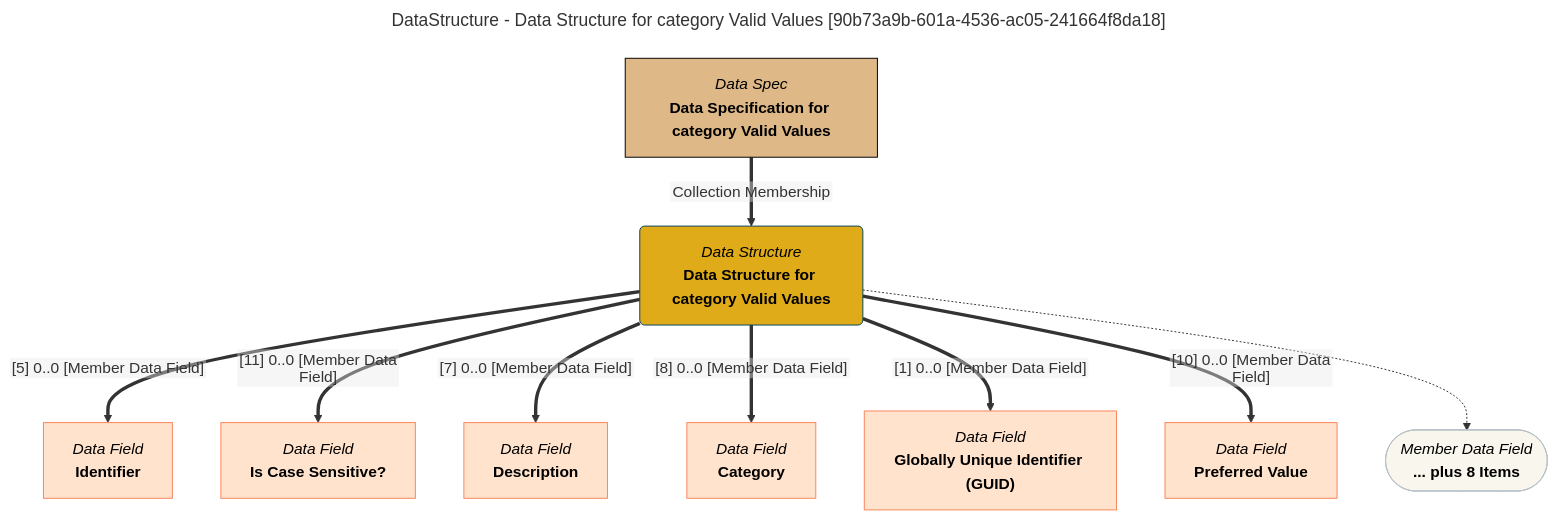
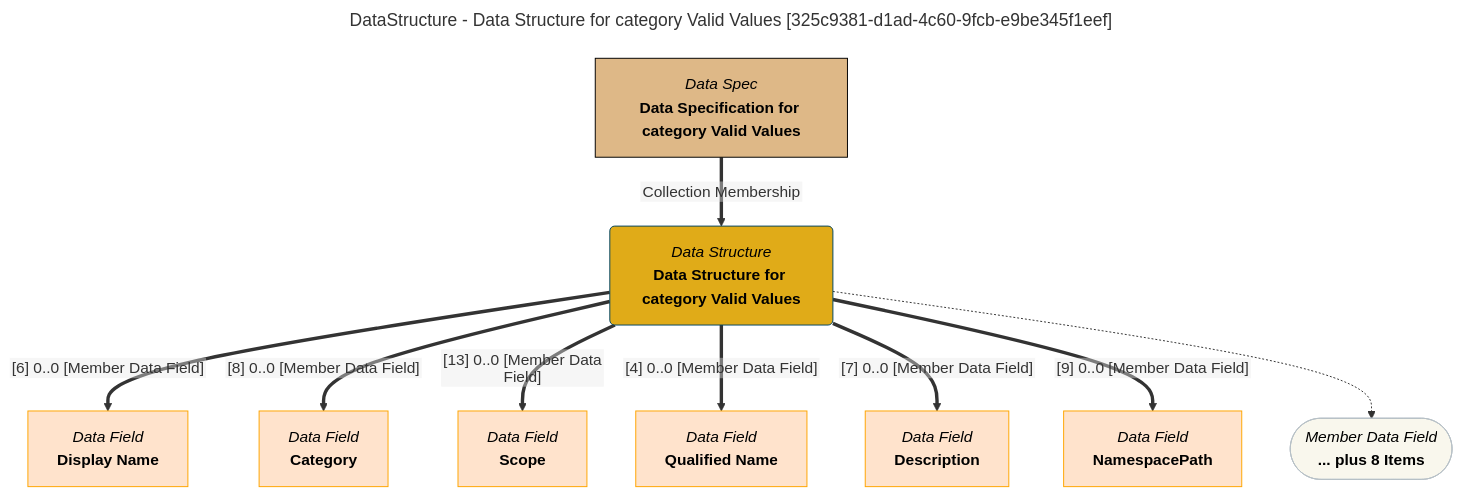
Before and after one commit to odpi/egeria-docs: the diagram in site/snippets/data-structures/data-structure-for-category-valid-values-mermaid-graph.md, drawn with Mermaid. The commit also changed 2201 other files, not shown here.

````diff
--- a/site/snippets/data-structures/data-structure-for-category-valid-values-mermaid-graph.md
+++ b/site/snippets/data-structures/data-structure-for-category-valid-values-mermaid-graph.md
@@ -1,43 +1,43 @@
 ```mermaid
 ---
-title: DataStructure - Data Structure for category Valid Values [90b73a9b-601a-4536-ac05-241664f8da18]
+title: DataStructure - Data Structure for category Valid Values [325c9381-d1ad-4c60-9fcb-e9be345f1eef]
 ---
 flowchart TD
 %%{init: {"flowchart": {"htmlLabels": false}} }%%
 
 1@{ shape: rounded, label: "*Data Structure*
 **Data Structure for category Valid Values**"}
 2@{ shape: rect, label: "*Data Spec*
 **Data Specification for category Valid Values**"}
 2==>|"Collection Membership"|1
 3@{ shape: rect, label: "*Data Field*
-**Identifier**"}
-1==>|"[5] 0..0 [Member Data Field]"|3
+**Display Name**"}
+1==>|"[6] 0..0 [Member Data Field]"|3
 4@{ shape: rect, label: "*Data Field*
-**Is Case Sensitive?**"}
-1==>|"[11] 0..0 [Member Data Field]"|4
+**Category**"}
+1==>|"[8] 0..0 [Member Data Field]"|4
 5@{ shape: rect, label: "*Data Field*
+**Scope**"}
+1==>|"[13] 0..0 [Member Data Field]"|5
+6@{ shape: rect, label: "*Data Field*
+**Qualified Name**"}
+1==>|"[4] 0..0 [Member Data Field]"|6
+7@{ shape: rect, label: "*Data Field*
 **Description**"}
-1==>|"[7] 0..0 [Member Data Field]"|5
-6@{ shape: rect, label: "*Data Field*
-**Category**"}
-1==>|"[8] 0..0 [Member Data Field]"|6
-7@{ shape: rect, label: "*Data Field*
-**Globally Unique Identifier (GUID)**"}
-1==>|"[1] 0..0 [Member Data Field]"|7
+1==>|"[7] 0..0 [Member Data Field]"|7
 8@{ shape: rect, label: "*Data Field*
-**Preferred Value**"}
-1==>|"[10] 0..0 [Member Data Field]"|8
+**NamespacePath**"}
+1==>|"[9] 0..0 [Member Data Field]"|8
 9@{ shape: stadium, label: "*Member Data Field*
 **... plus 8 Items**"}
 1-.->9
 style 1 color:#000000, fill:#e0ab18, stroke:#004563
-style 2 color:#000000, fill:#deb887, stroke:#000000
-style 3 color:#000000, fill:#ffe3cc, stroke:#f9845b
-style 4 color:#000000, fill:#ffe3cc, stroke:#f9845b
-style 5 color:#000000, fill:#ffe3cc, stroke:#f9845b
-style 6 color:#000000, fill:#ffe3cc, stroke:#f9845b
-style 7 color:#000000, fill:#ffe3cc, stroke:#f9845b
-style 8 color:#000000, fill:#ffe3cc, stroke:#f9845b
+style 2 color:#000000, fill:#DEB887, stroke:#000000
+style 3 color:#000000, fill:#ffe3cc, stroke:#FFA500
+style 4 color:#000000, fill:#ffe3cc, stroke:#FFA500
+style 5 color:#000000, fill:#ffe3cc, stroke:#FFA500
+style 6 color:#000000, fill:#ffe3cc, stroke:#FFA500
+style 7 color:#000000, fill:#ffe3cc, stroke:#FFA500
+style 8 color:#000000, fill:#ffe3cc, stroke:#FFA500
 style 9 color:#000000, fill:#F9F7ED, stroke:#b7c0c7
 ```
````
